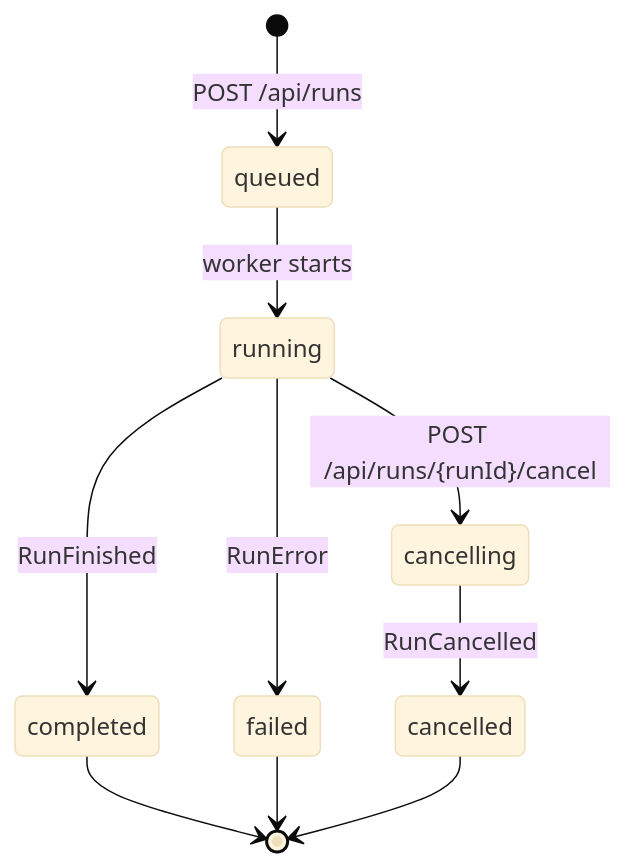
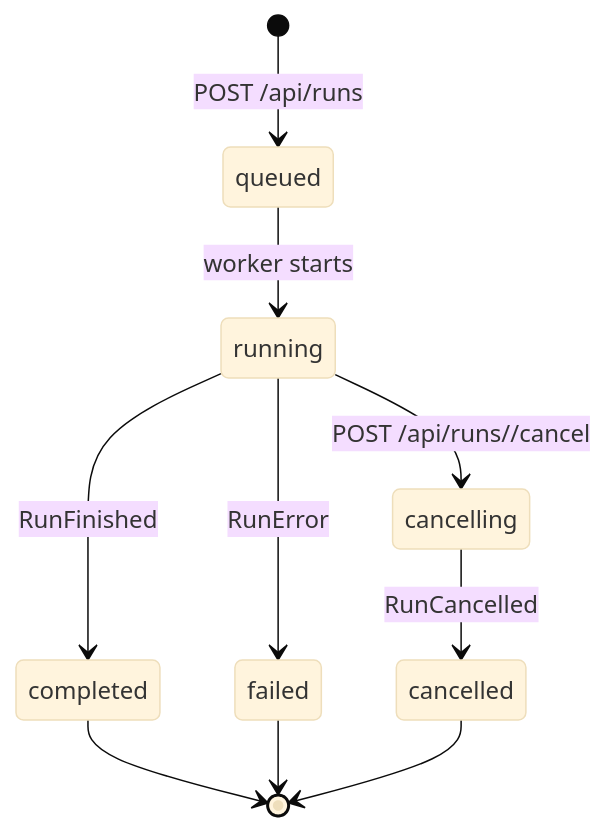
The second of 3 diagrams in docs/Architecture.md (tkubica12/scalable-ai-chat), drawn with Mermaid (base theme) before and after one commit. The commit also changed other lines of this file and 1 other file, not shown here.

Commit message:
Update API documentation - standardize endpoint formats

````diff
--- a/docs/Architecture.md
+++ b/docs/Architecture.md
@@ -52,12 +52,12 @@
 ```mermaid
 stateDiagram-v2
     [*] --> queued: POST /api/runs
     queued --> running: worker starts
     running --> completed: RunFinished
     running --> failed: RunError
-    running --> cancelling: POST /api/runs/{runId}/cancel
+    running --> cancelling: POST /api/runs/<runId>/cancel
     cancelling --> cancelled: RunCancelled
     completed --> [*]
     failed --> [*]
     cancelled --> [*]
 ```
````
